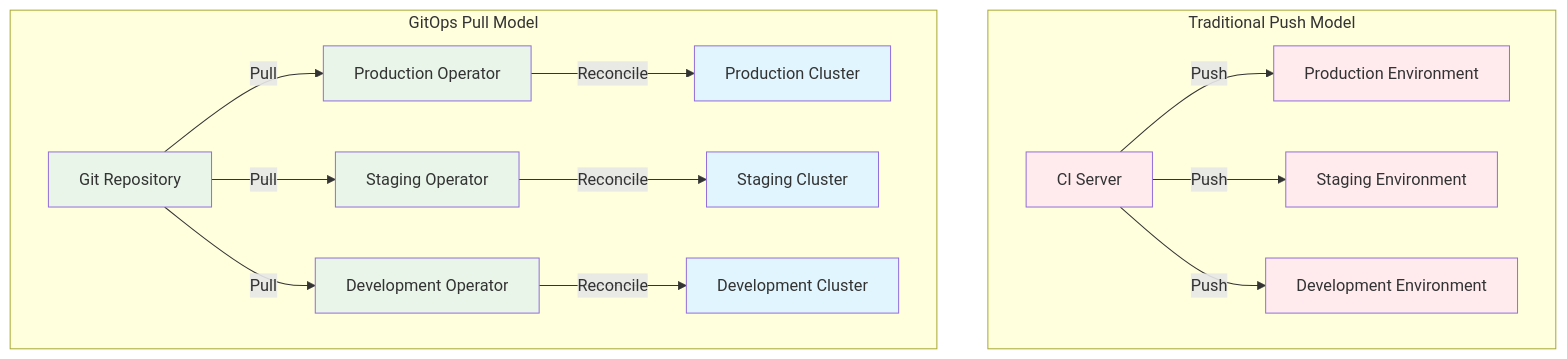
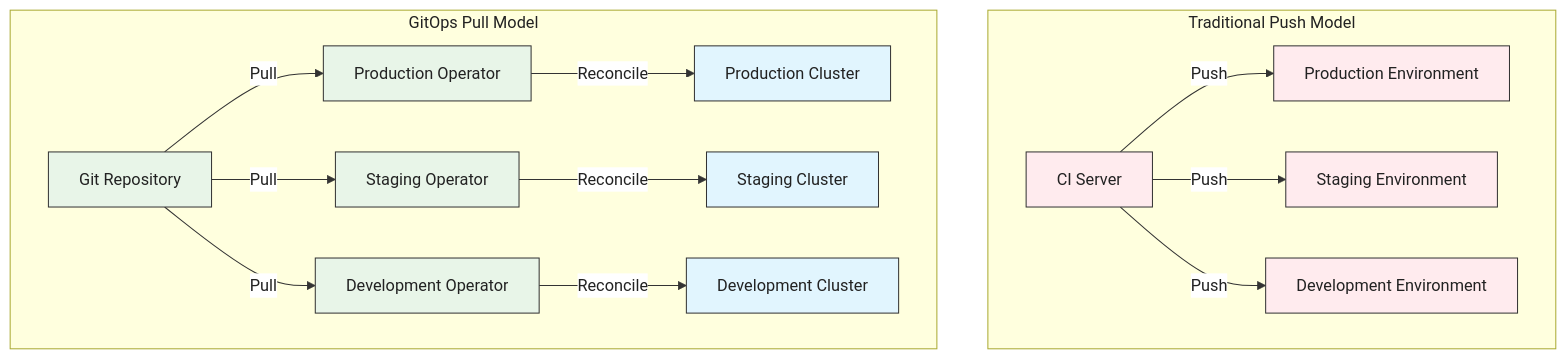
One commit to svenkatrav0408/ArgoCD-config changed the fifth of 8 diagrams in GitOps_document.md. Above: the diagram before and after it, drawn with Mermaid. The commit also changed other lines of this file, not shown here.

````diff
--- a/GitOps_document.md
+++ b/GitOps_document.md
@@ -173,31 +177,32 @@
 ```mermaid
+%%{init: {'theme':'default', 'themeVariables': { 'background': '#ffffff', 'primaryColor': '#e8f5e8', 'edgeLabelBackground':'#fff', 'textColor':'#222'}} }%%
 graph TB
     subgraph "Traditional Push Model"
         A[CI Server] -->|Push| B[Production Environment]
         A -->|Push| C[Staging Environment]
         A -->|Push| D[Development Environment]
-        
-        style A fill:#ffebee
-        style B fill:#ffebee
-        style C fill:#ffebee
-        style D fill:#ffebee
+
+        style A fill:#ffebee,stroke:#333,stroke-width:1px
+        style B fill:#ffebee,stroke:#333,stroke-width:1px
+        style C fill:#ffebee,stroke:#333,stroke-width:1px
+        style D fill:#ffebee,stroke:#333,stroke-width:1px
     end
-    
+
     subgraph "GitOps Pull Model"
         E[Git Repository] -->|Pull| F[Production Operator]
         E -->|Pull| G[Staging Operator]
         E -->|Pull| H[Development Operator]
-        
+
         F -->|Reconcile| I[Production Cluster]
         G -->|Reconcile| J[Staging Cluster]
         H -->|Reconcile| K[Development Cluster]
-        
-        style E fill:#e8f5e8
-        style F fill:#e8f5e8
-        style G fill:#e8f5e8
-        style H fill:#e8f5e8
-        style I fill:#e1f5fe
-        style J fill:#e1f5fe
-        style K fill:#e1f5fe
+
+        style E fill:#e8f5e8,stroke:#333,stroke-width:1px
+        style F fill:#e8f5e8,stroke:#333,stroke-width:1px
+        style G fill:#e8f5e8,stroke:#333,stroke-width:1px
+        style H fill:#e8f5e8,stroke:#333,stroke-width:1px
+        style I fill:#e1f5fe,stroke:#333,stroke-width:1px
+        style J fill:#e1f5fe,stroke:#333,stroke-width:1px
+        style K fill:#e1f5fe,stroke:#333,stroke-width:1px
     end
 ```
````
